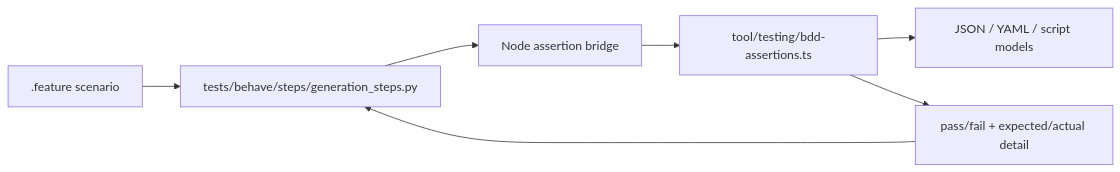
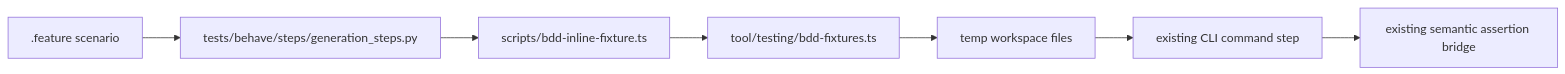
One commit to veggerby/container-superposition changed the diagram in docs/specs/053-behave-bdd-overlay-discovery/spec.md. Above: the diagram before and after it, drawn with Mermaid. The commit also changed other lines of this file and 10 other files, not shown here.

First line of the commit message:
feat: add support for inline workspace fixtures in BDD tests

````diff
--- a/docs/specs/053-behave-bdd-overlay-discovery/spec.md
+++ b/docs/specs/053-behave-bdd-overlay-discovery/spec.md
@@ -246,9 +256,9 @@
 ```mermaid
 flowchart LR
     Feature[.feature scenario] --> PySteps[tests/behave/steps/generation_steps.py]
-    PySteps --> NodeBridge[Node assertion bridge]
-    NodeBridge --> TsHelpers[tool/testing/bdd-assertions.ts]
-    TsHelpers --> ParsedDocs[JSON / YAML / script models]
-    TsHelpers --> Result[pass/fail + expected/actual detail]
-    Result --> PySteps
+    PySteps --> FixtureBridge[scripts/bdd-inline-fixture.ts]
+    FixtureBridge --> FixtureDomain[tool/testing/bdd-fixtures.ts]
+    FixtureDomain --> Workspace[temp workspace files]
+    Workspace --> Cli[existing CLI command step]
+    Cli --> Assertions[existing semantic assertion bridge]
 ```
````
